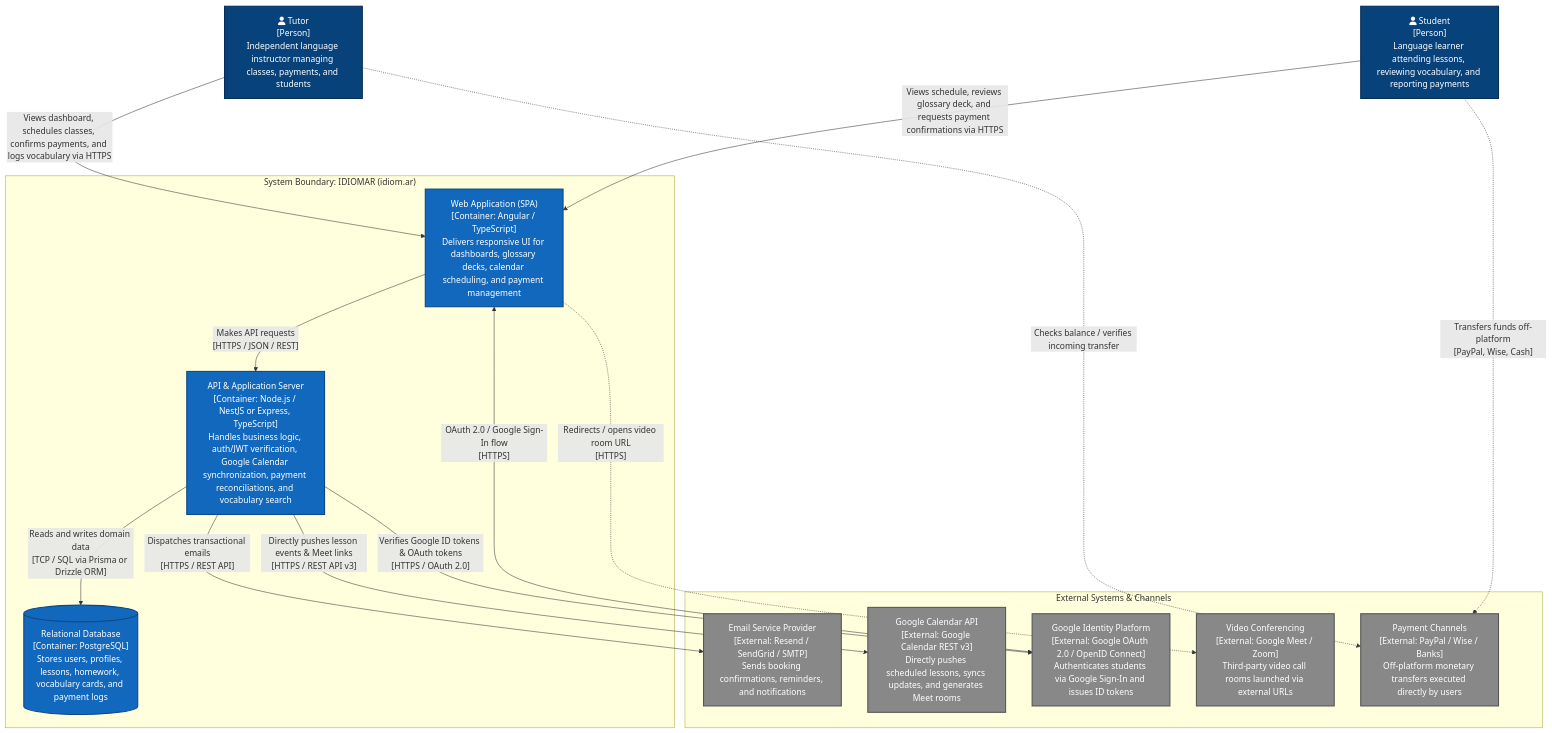
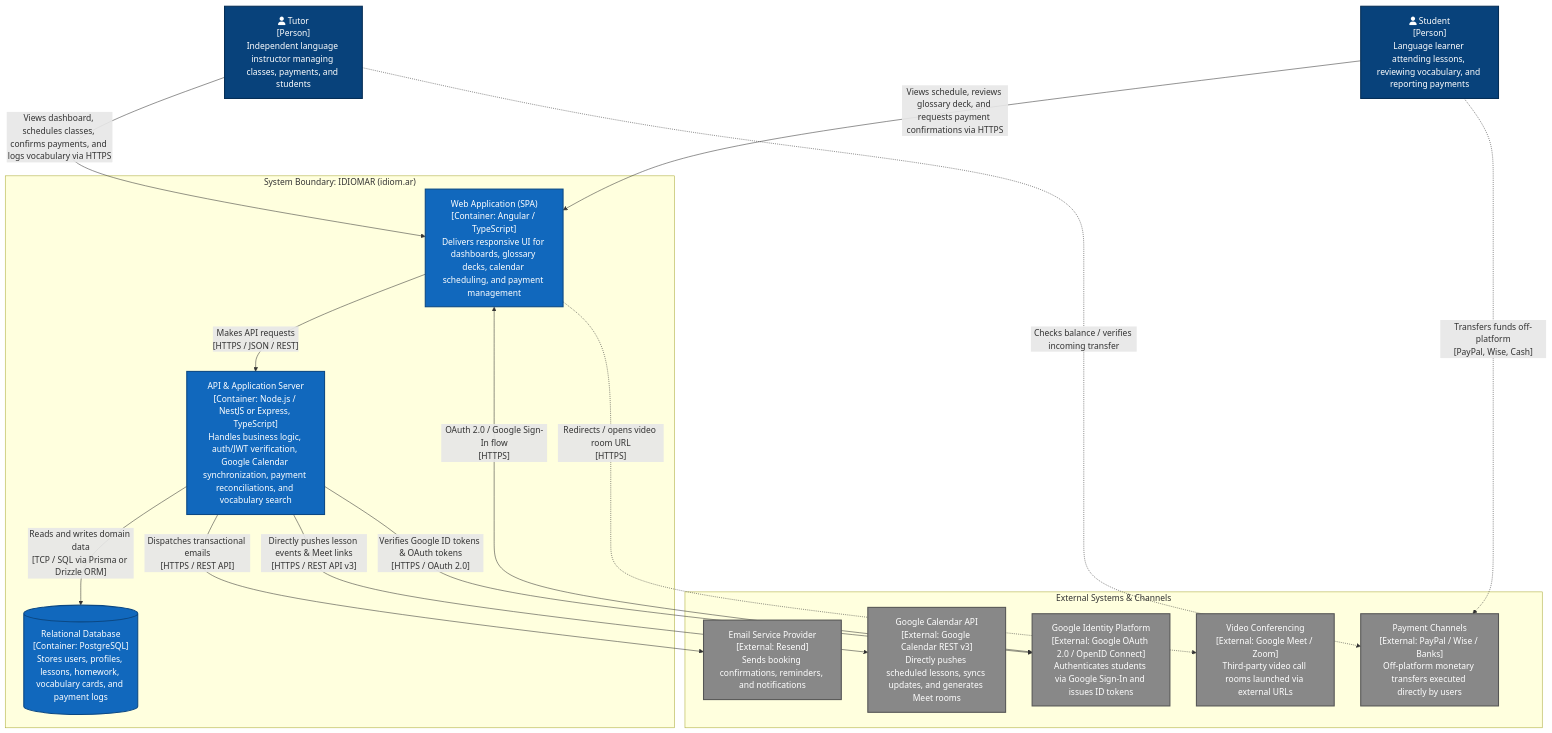
Before and after one commit to DmytroCherednichenko/idiomar-crm: the second of 6 diagrams in docs/diagrams/README.md, drawn with Mermaid. The commit also changed other lines of this file and 3 other files, not shown here.

Commit message:
Add Resend as notifications provider

````diff
--- a/docs/diagrams/README.md
+++ b/docs/diagrams/README.md
@@ -111,41 +111,41 @@
 ```mermaid
 flowchart TD
     classDef person fill:#08427b,stroke:#052e56,color:#ffffff,stroke-width:2px;
     classDef container fill:#1168bd,stroke:#0b4884,color:#ffffff,stroke-width:2px;
     classDef database fill:#1168bd,stroke:#0b4884,color:#ffffff,stroke-width:2px;
     classDef external fill:#888888,stroke:#555555,color:#ffffff,stroke-width:2px;
     classDef boundary fill:#f9f9f9,stroke:#999999,stroke-width:2px,stroke-dasharray: 5 5;
 
     Tutor["fa:fa-user Tutor\n[Person]\nIndependent language instructor managing classes, payments, and students"]:::person
     Student["fa:fa-user Student\n[Person]\nLanguage learner attending lessons, reviewing vocabulary, and reporting payments"]:::person
 
     subgraph ExternalServices["External Systems & Channels"]
         GoogleAuth["Google Identity Platform\n[External: Google OAuth 2.0 / OpenID Connect]\nAuthenticates students via Google Sign-In and issues ID tokens"]:::external
         GoogleCalendar["Google Calendar API\n[External: Google Calendar REST v3]\nDirectly pushes scheduled lessons, syncs updates, and generates Meet rooms"]:::external
-        EmailService["Email Service Provider\n[External: Resend / SendGrid / SMTP]\nSends booking confirmations, reminders, and notifications"]:::external
+        EmailService["Email Service Provider\n[External: Resend]\nSends booking confirmations, reminders, and notifications"]:::external
         MeetingPlatform["Video Conferencing\n[External: Google Meet / Zoom]\nThird-party video call rooms launched via external URLs"]:::external
         PaymentChannels["Payment Channels\n[External: PayPal / Wise / Banks]\nOff-platform monetary transfers executed directly by users"]:::external
     end
 
     subgraph IDIOMARSystem["System Boundary: IDIOMAR (idiom.ar)"]
         WebApp["Web Application (SPA)\n[Container: Angular / TypeScript]\nDelivers responsive UI for dashboards, glossary decks, calendar scheduling, and payment management"]:::container
 
         ApiServer["API & Application Server\n[Container: Node.js / NestJS or Express, TypeScript]\nHandles business logic, auth/JWT verification, Google Calendar synchronization, payment reconciliations, and vocabulary search"]:::container
 
         Database[("Relational Database\n[Container: PostgreSQL]\nStores users, profiles, lessons, homework, vocabulary cards, and payment logs")]:::database
     end
 
     Tutor -->|"Views dashboard, schedules classes, confirms payments, and logs vocabulary via HTTPS"| WebApp
     Student -->|"Views schedule, reviews glossary deck, and requests payment confirmations via HTTPS"| WebApp
 
     WebApp -->|"Makes API requests\n[HTTPS / JSON / REST]"| ApiServer
     ApiServer -->|"Reads and writes domain data\n[TCP / SQL via Prisma or Drizzle ORM]"| Database
     ApiServer -->|"Dispatches transactional emails\n[HTTPS / REST API]"| EmailService
     ApiServer -->|"Directly pushes lesson events & Meet links\n[HTTPS / REST API v3]"| GoogleCalendar
     ApiServer -->|"Verifies Google ID tokens & OAuth tokens\n[HTTPS / OAuth 2.0]"| GoogleAuth
 
     WebApp <-->|"OAuth 2.0 / Google Sign-In flow\n[HTTPS]"| GoogleAuth
     WebApp -.->|"Redirects / opens video room URL\n[HTTPS]"| MeetingPlatform
     Student -.->|"Transfers funds off-platform\n[PayPal, Wise, Cash]"| PaymentChannels
     Tutor -.->|"Checks balance / verifies incoming transfer"| PaymentChannels
 ```
````
